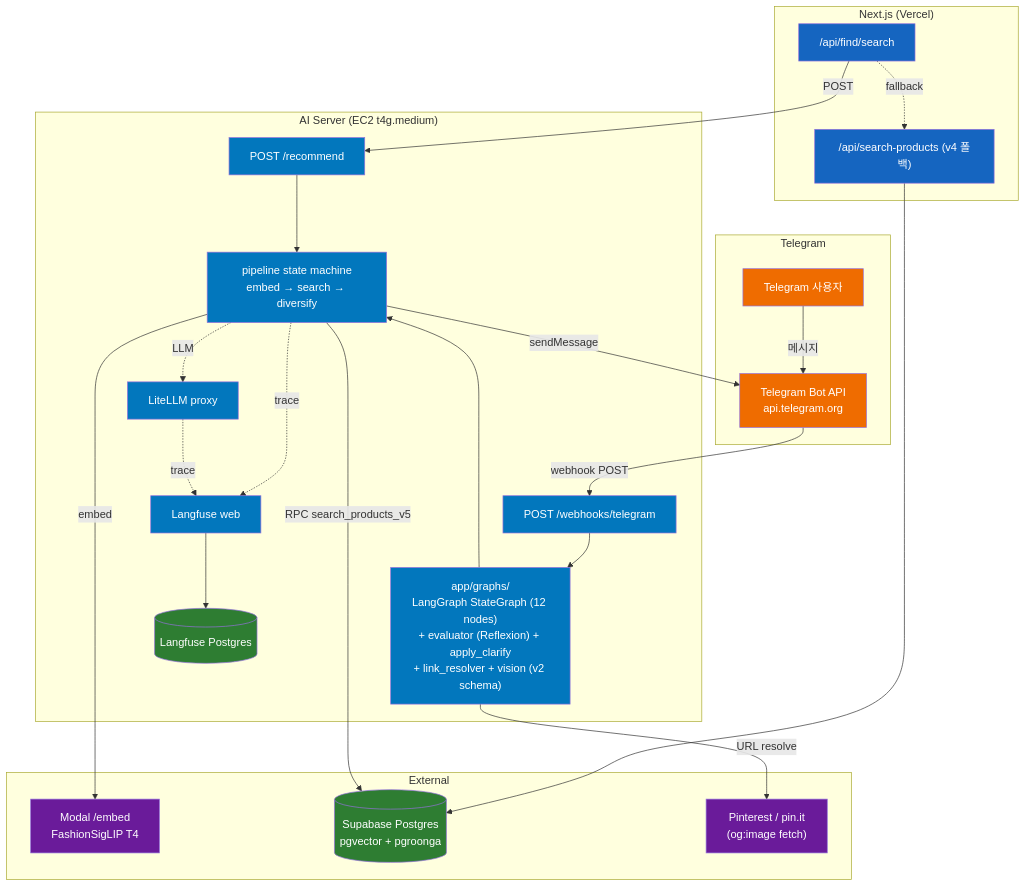
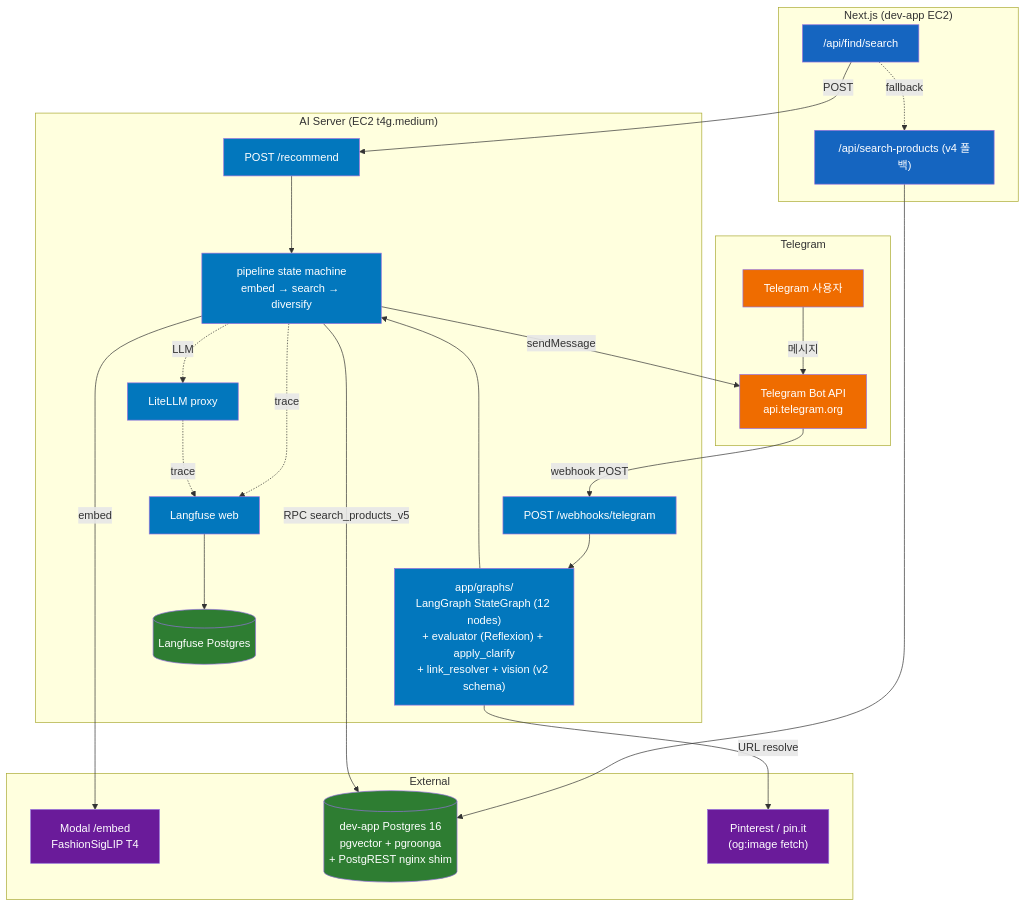
The diagram in docs/ARCHITECTURE.md (endurance-ai/ai-server), drawn with Mermaid before and after one commit. The commit also changed other lines of this file and 2 other files, not shown here.

First line of the commit message:
docs: SPEC-INFRA-MIGRATE-001 P8 — Supabase/Vercel 잔재 history 처리 (AC-008)

````diff
--- a/docs/ARCHITECTURE.md
+++ b/docs/ARCHITECTURE.md
@@ -32,59 +36,59 @@
 ```mermaid
 graph TB
-    subgraph App["Next.js (Vercel)"]
+    subgraph App["Next.js (dev-app EC2)"]
         FIND["/api/find/search"]
         V4["/api/search-products (v4 폴백)"]
     end
 
     subgraph Chat["Telegram"]
         TG_USER["Telegram 사용자"]
         TG_API["Telegram Bot API<br/>api.telegram.org"]
     end
 
     subgraph AI["AI Server (EC2 t4g.medium)"]
         REC["POST /recommend"]
         WH["POST /webhooks/telegram"]
         CHAN["app/graphs/<br/>LangGraph StateGraph (12 nodes)<br/>+ evaluator (Reflexion) + apply_clarify<br/>+ link_resolver + vision (v2 schema)"]
         PIPE["pipeline state machine<br/>embed → search → diversify"]
         LITELLM["LiteLLM proxy"]
         LFW["Langfuse web"]
         LFDB[("Langfuse Postgres")]
     end
 
     subgraph External["External"]
         MODAL["Modal /embed<br/>FashionSigLIP T4"]
-        SB[("Supabase Postgres<br/>pgvector + pgroonga")]
+        SB[("dev-app Postgres 16<br/>pgvector + pgroonga<br/>+ PostgREST nginx shim")]
         PIN["Pinterest / pin.it<br/>(og:image fetch)"]
     end
 
     FIND -->|POST| REC
     FIND -.fallback.-> V4
     V4 --> SB
 
     TG_USER -->|메시지| TG_API
     TG_API -->|webhook POST| WH
     WH --> CHAN
     CHAN -->|URL resolve| PIN
     CHAN --> PIPE
     PIPE -->|sendMessage| TG_API
 
     REC --> PIPE
     PIPE -->|embed| MODAL
     PIPE -->|RPC search_products_v5| SB
     PIPE -. trace .-> LFW
     PIPE -. LLM .-> LITELLM
     LITELLM -. trace .-> LFW
     LFW --> LFDB
 
     classDef app fill:#1565c0,color:#fff
     classDef ai fill:#0277bd,color:#fff
     classDef ext fill:#6a1b9a,color:#fff
     classDef data fill:#2e7d32,color:#fff
     classDef chat fill:#ef6c00,color:#fff
 
     class FIND,V4 app
     class REC,WH,CHAN,PIPE,LITELLM,LFW ai
     class MODAL,PIN ext
     class SB,LFDB data
     class TG_USER,TG_API chat
 ```
````
